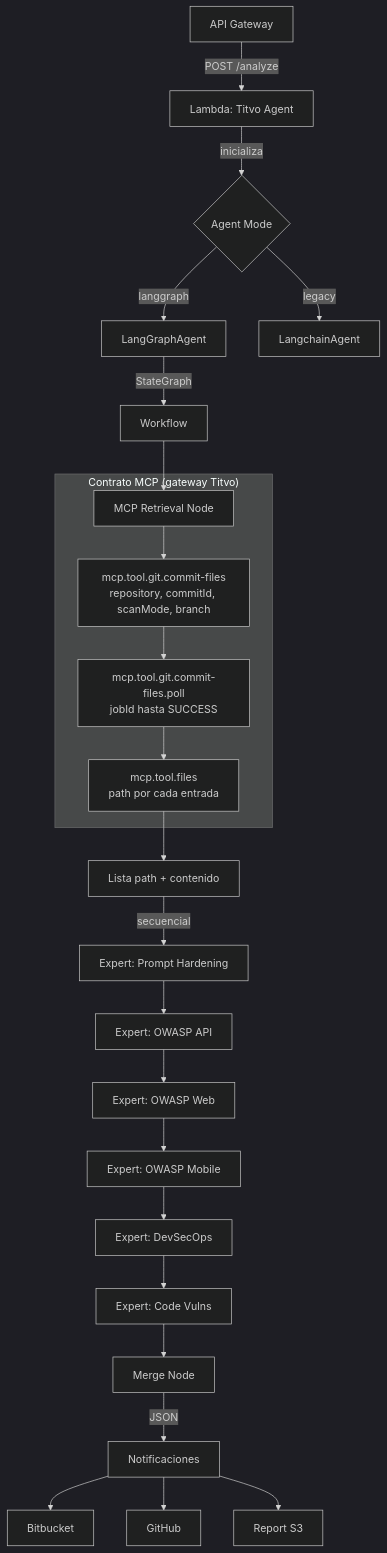
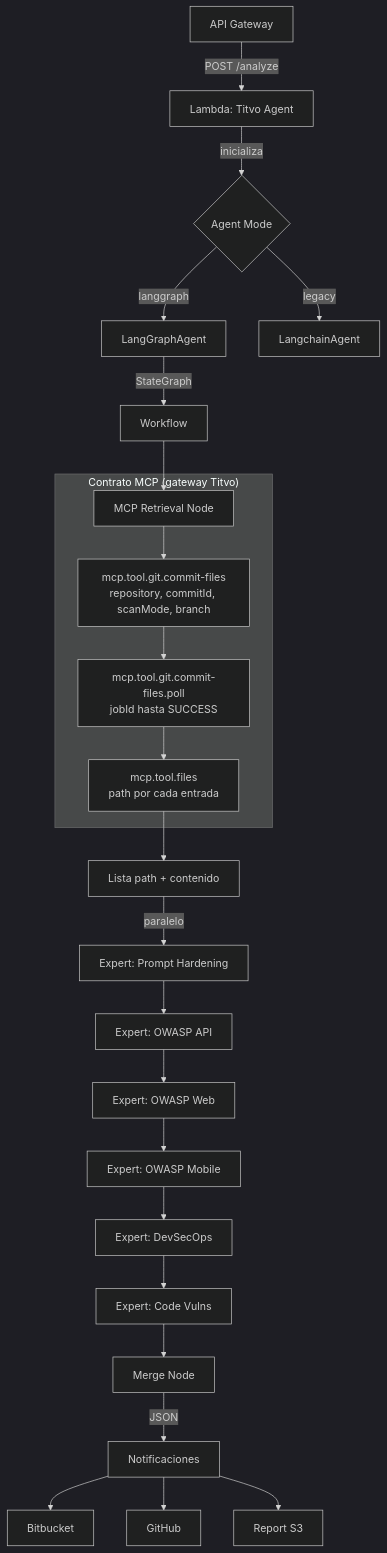
Before and after one commit to KaribuLab/titvo-dev: the first of 11 diagrams in docs/architecture.md, drawn with Mermaid (dark theme). The commit also changed other lines of this file and 37 other files, not shown here.

````diff
--- a/docs/architecture.md
+++ b/docs/architecture.md
@@ -5,29 +5,29 @@
 ```mermaid
 flowchart TD
     API[API Gateway] -->|POST /analyze| Lambda[Lambda: Titvo Agent]
     Lambda -->|inicializa| Agent{Agent Mode}
     Agent -->|langgraph| LGA[LangGraphAgent]
     Agent -->|legacy| LCA[LangchainAgent]
     
     LGA -->|StateGraph| WF[Workflow]
     WF --> MCP[MCP Retrieval Node]
     subgraph MCP_Fases["Contrato MCP (gateway Titvo)"]
         MCP --> A[mcp.tool.git.commit-files<br/>repository, commitId, scanMode, branch]
         A --> B[mcp.tool.git.commit-files.poll<br/>jobId hasta SUCCESS]
         B --> C[mcp.tool.files<br/>path por cada entrada]
     end
     C --> Files[Lista path + contenido]
 
-    Files -->|secuencial| Exp1[Expert: Prompt Hardening]
+    Files -->|paralelo| Exp1[Expert: Prompt Hardening]
     Exp1 --> Exp2[Expert: OWASP API]
     Exp2 --> Exp3[Expert: OWASP Web]
     Exp3 --> Exp4[Expert: OWASP Mobile]
     Exp4 --> Exp5[Expert: DevSecOps]
     Exp5 --> Exp6[Expert: Code Vulns]
     Exp6 --> Merge[Merge Node]
     
     Merge -->|JSON| Notify[Notificaciones]
     Notify --> Bit[Bitbucket]
     Notify --> GitHub[GitHub]
     Notify --> S3[Report S3]
 ```
````
